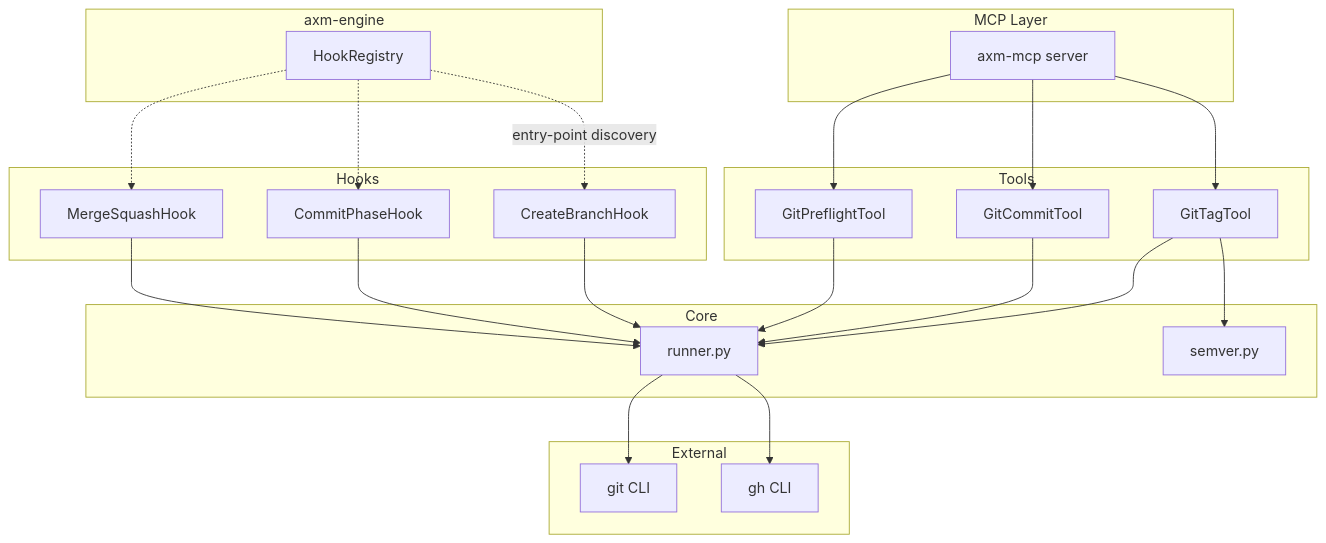
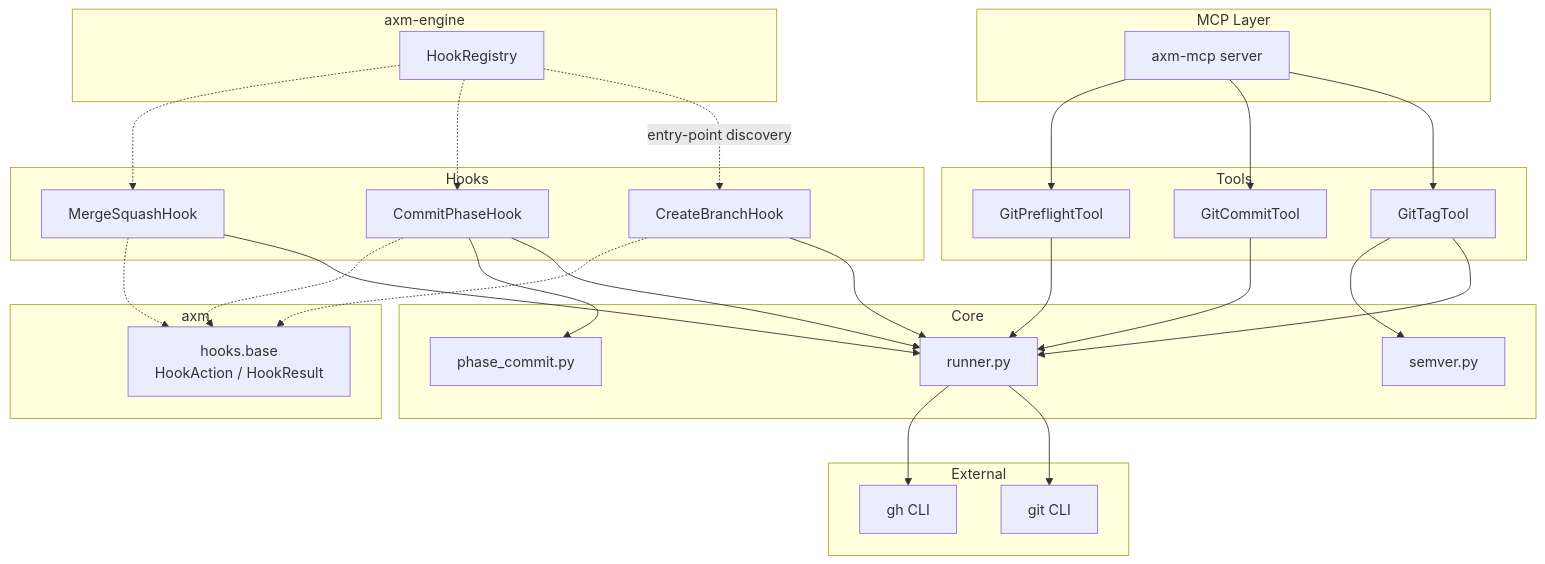
Before and after one commit to axm-protocols/axm-forge: the diagram in docs/explanation/architecture.md, drawn with Mermaid. The commit also changed other lines of this file and 1 other file, not shown here.

Commit message:
docs: add phase_commit, enabled guard, fix imports ref

````diff
--- a/docs/explanation/architecture.md
+++ b/docs/explanation/architecture.md
@@ -7,48 +7,57 @@
 ```mermaid
 graph TD
     subgraph "MCP Layer"
         MCP["axm-mcp server"]
     end
 
     subgraph "Tools"
         Tag["GitTagTool"]
         Commit["GitCommitTool"]
         Preflight["GitPreflightTool"]
     end
 
     subgraph "Hooks"
         CB["CreateBranchHook"]
         CP["CommitPhaseHook"]
         MS["MergeSquashHook"]
     end
 
     subgraph "Core"
         Runner["runner.py"]
         Semver["semver.py"]
+        PhaseCommit["phase_commit.py"]
     end
 
     subgraph "External"
         Git["git CLI"]
         GH["gh CLI"]
+    end
+
+    subgraph "axm"
+        HookBase["hooks.base<br>HookAction / HookResult"]
     end
 
     subgraph "axm-engine"
         Registry["HookRegistry"]
     end
 
     MCP --> Tag
     MCP --> Commit
     MCP --> Preflight
     Tag --> Runner
     Tag --> Semver
     Commit --> Runner
     Preflight --> Runner
     CB --> Runner
     CP --> Runner
+    CP --> PhaseCommit
     MS --> Runner
     Runner --> Git
     Runner --> GH
+    CB -.-> HookBase
+    CP -.-> HookBase
+    MS -.-> HookBase
     Registry -.->|"entry-point discovery"| CB
     Registry -.-> CP
     Registry -.-> MS
 ```
````
